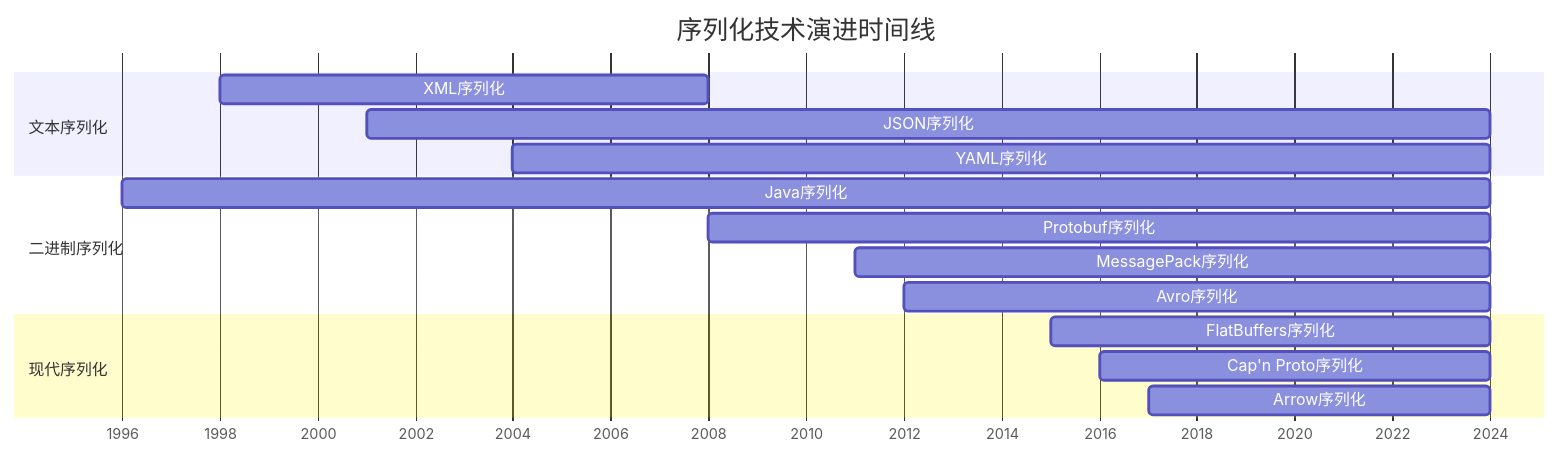
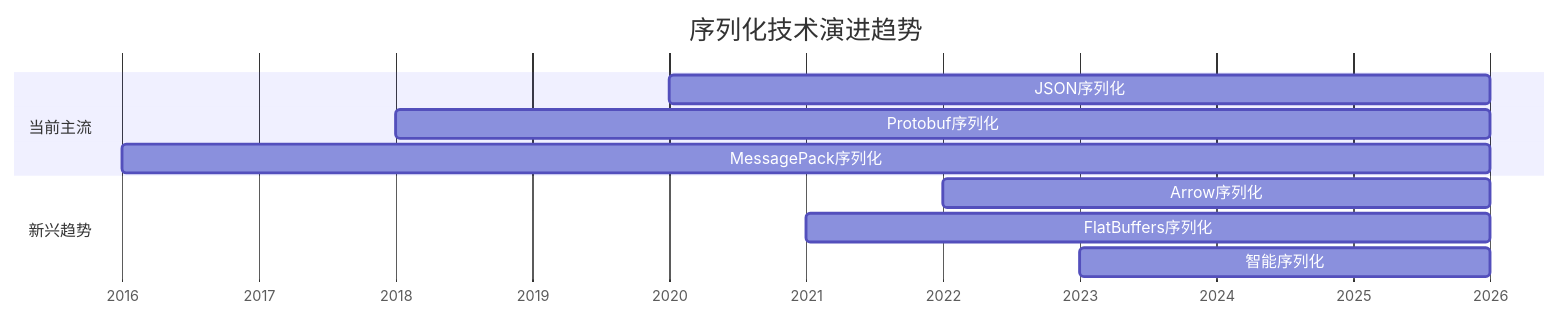
Before and after one commit to chongyang211/YCBookBlog: diagram 25 of 25 in 00.通用技术的提升/02.程序编程原理/05.序列化数据的思想.md, drawn with Mermaid. The commit also changed other lines of this file and 17 other files, not shown here.

````diff
--- a/00.通用技术的提升/02.程序编程原理/05.序列化数据的思想.md
+++ b/00.通用技术的提升/02.程序编程原理/05.序列化数据的思想.md
@@ -1227,22 +1076,16 @@
 ```mermaid
 gantt
-    title 序列化技术演进时间线
+    title 序列化技术演进趋势
     dateFormat  YYYY
     axisFormat  %Y
     
-    section 文本序列化
-    XML序列化        :1998, 10y
-    JSON序列化       :2001, 23y
-    YAML序列化       :2004, 20y
+    section 当前主流
+    JSON序列化       :2020, 6y
+    Protobuf序列化   :2018, 8y
+    MessagePack序列化:2016, 10y
     
-    section 二进制序列化
-    Java序列化       :1996, 28y
-    Protobuf序列化   :2008, 16y
-    MessagePack序列化:2011, 13y
-    Avro序列化       :2012, 12y
-    
-    section 现代序列化
-    FlatBuffers序列化:2015, 9y
-    Cap'n Proto序列化:2016, 8y
-    Arrow序列化      :2017, 7y
+    section 新兴趋势
+    Arrow序列化      :2022, 4y
+    FlatBuffers序列化:2021, 5y
+    智能序列化      :2023, 3y
 ```
````
